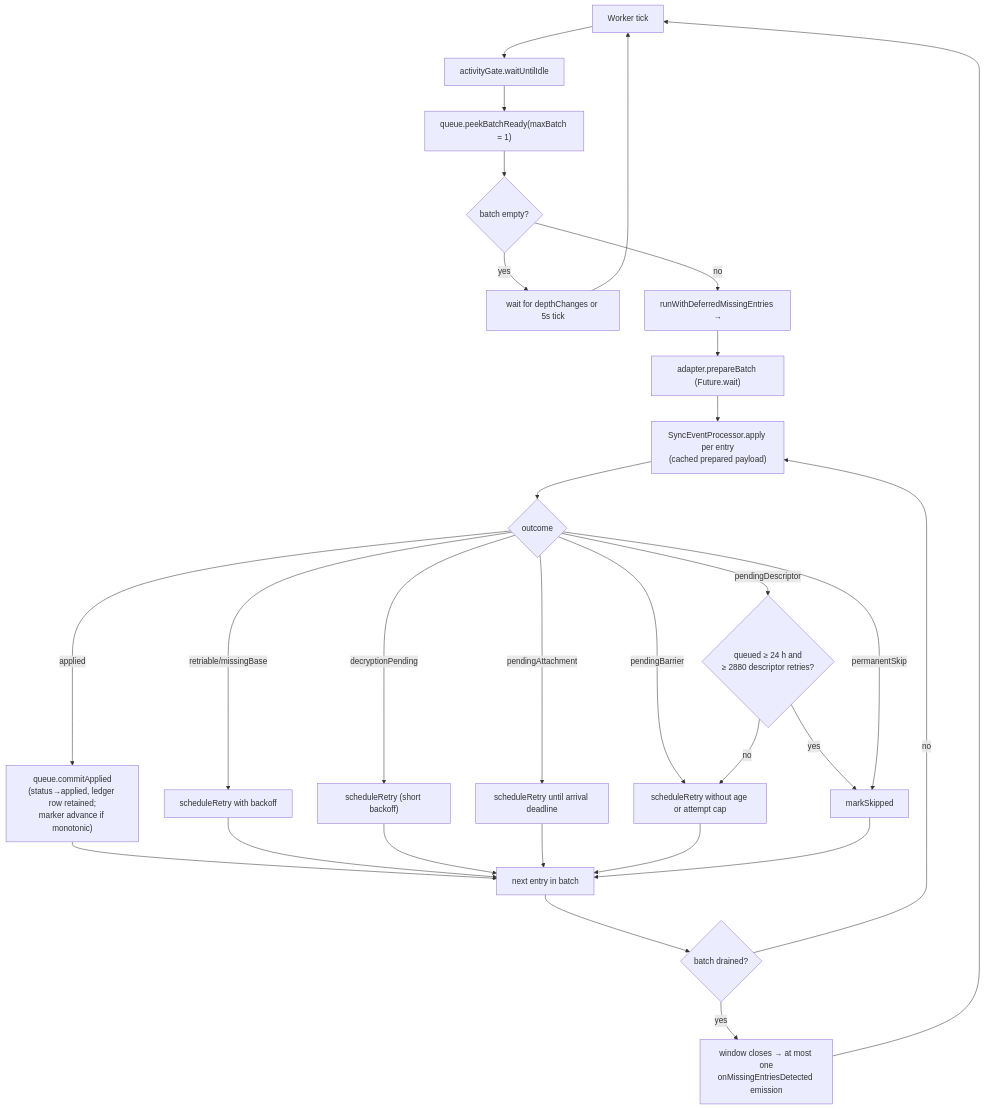
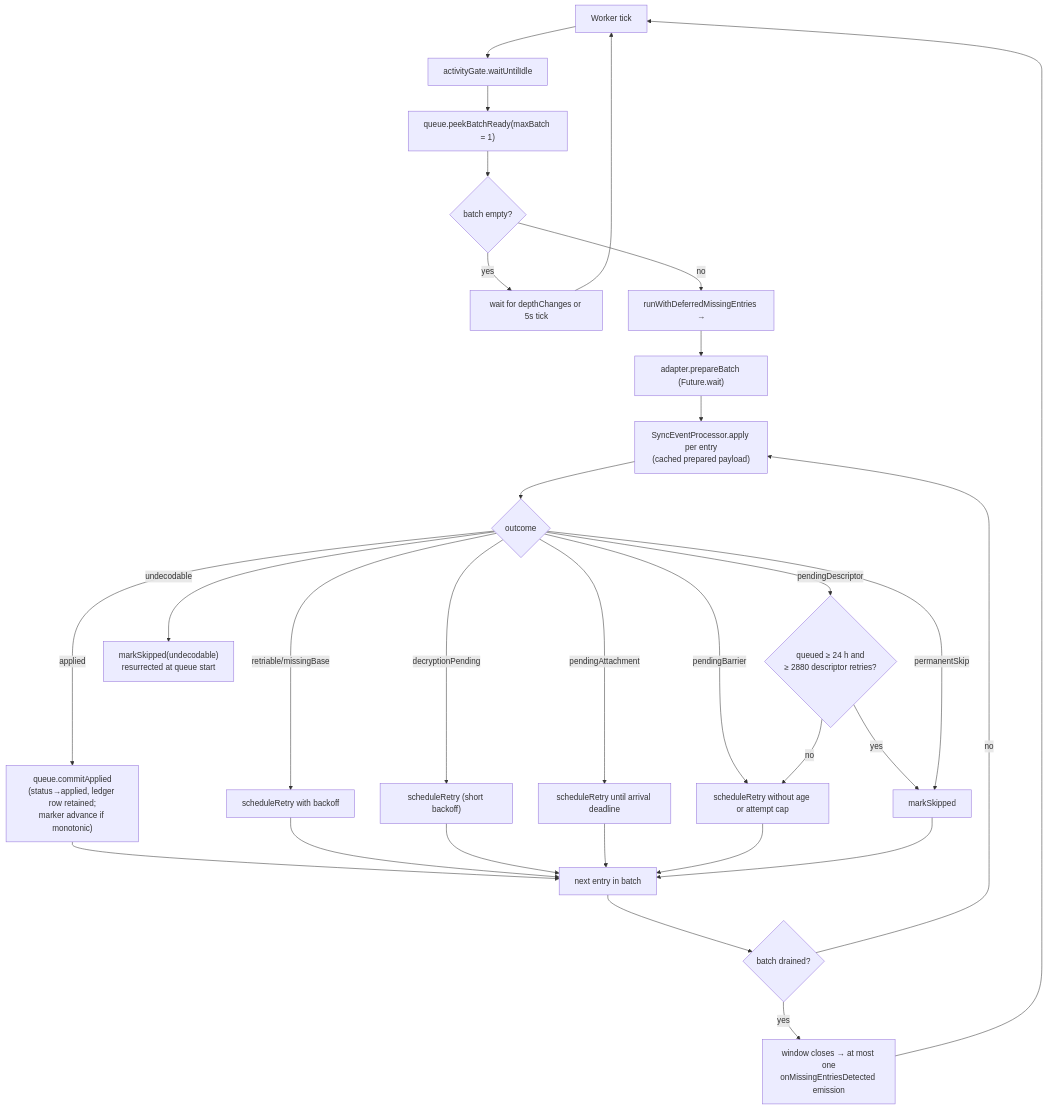
Before and after one commit to matthiasn/lotti: the fifth of 8 diagrams in knowledge/features/sync/receive-path.md, drawn with Mermaid. The commit also changed other lines of this file and 60 other files, not shown here.

````diff
--- a/knowledge/features/sync/receive-path.md
+++ b/knowledge/features/sync/receive-path.md
@@ -476,31 +475,32 @@
 ```mermaid
 flowchart TD
     Tick["Worker tick"] --> Gate["activityGate.waitUntilIdle"]
     Gate --> Peek["queue.peekBatchReady(maxBatch = 1)"]
     Peek --> Empty{"batch empty?"}
     Empty -->|yes| Wait["wait for depthChanges or 5s tick"]
     Wait --> Tick
     Empty -->|no| Window["runWithDeferredMissingEntries →"]
     Window --> PrepareAll["adapter.prepareBatch (Future.wait)"]
     PrepareAll --> Apply["SyncEventProcessor.apply per entry<br/>(cached prepared payload)"]
     Apply --> Outcome{"outcome"}
     Outcome -->|applied| Commit["queue.commitApplied<br/>(status→applied, ledger row retained;<br/>marker advance if monotonic)"]
     Outcome -->|retriable/missingBase| Retry["scheduleRetry with backoff"]
     Outcome -->|decryptionPending| DecryptRetry["scheduleRetry (short backoff)"]
     Outcome -->|pendingAttachment| AttachmentRetry["scheduleRetry until arrival deadline"]
     Outcome -->|pendingBarrier| PeriodicRetry["scheduleRetry without age or attempt cap"]
     Outcome -->|pendingDescriptor| DescriptorRetry{"queued ≥ 24 h and<br/>≥ 2880 descriptor retries?"}
     DescriptorRetry -->|no| PeriodicRetry
     DescriptorRetry -->|yes| Skip
     Outcome -->|permanentSkip| Skip["markSkipped"]
+  Outcome -->|undecodable| SkipU["markSkipped(undecodable)<br/>resurrected at queue start"]
     Commit --> NextEntry["next entry in batch"]
     Retry --> NextEntry
     DecryptRetry --> NextEntry
     AttachmentRetry --> NextEntry
     PeriodicRetry --> NextEntry
     Skip --> NextEntry
     NextEntry --> WindowClose{"batch drained?"}
     WindowClose -->|no| Apply
     WindowClose -->|yes| Emit["window closes → at most one<br/>onMissingEntriesDetected emission"]
     Emit --> Tick
 ```
````
